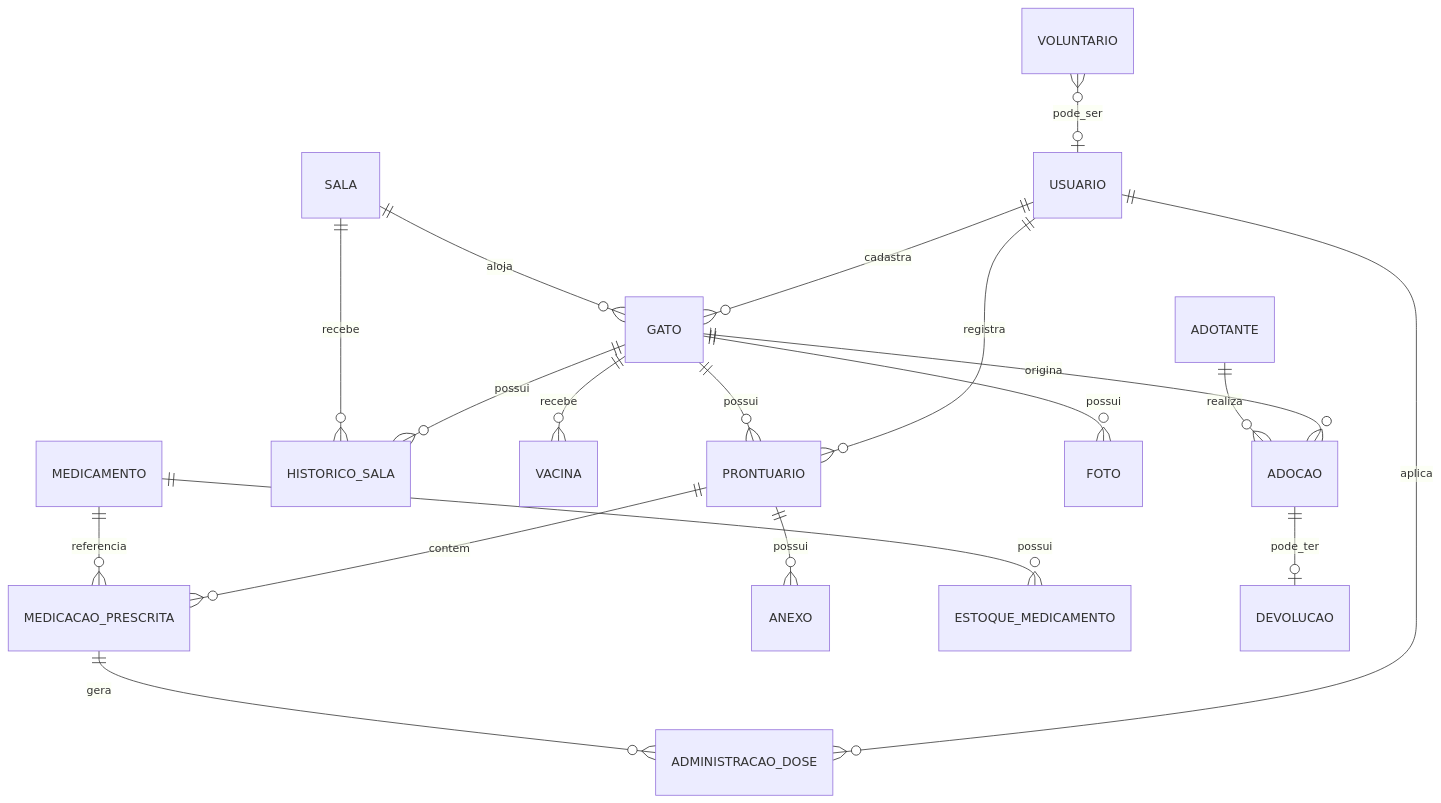
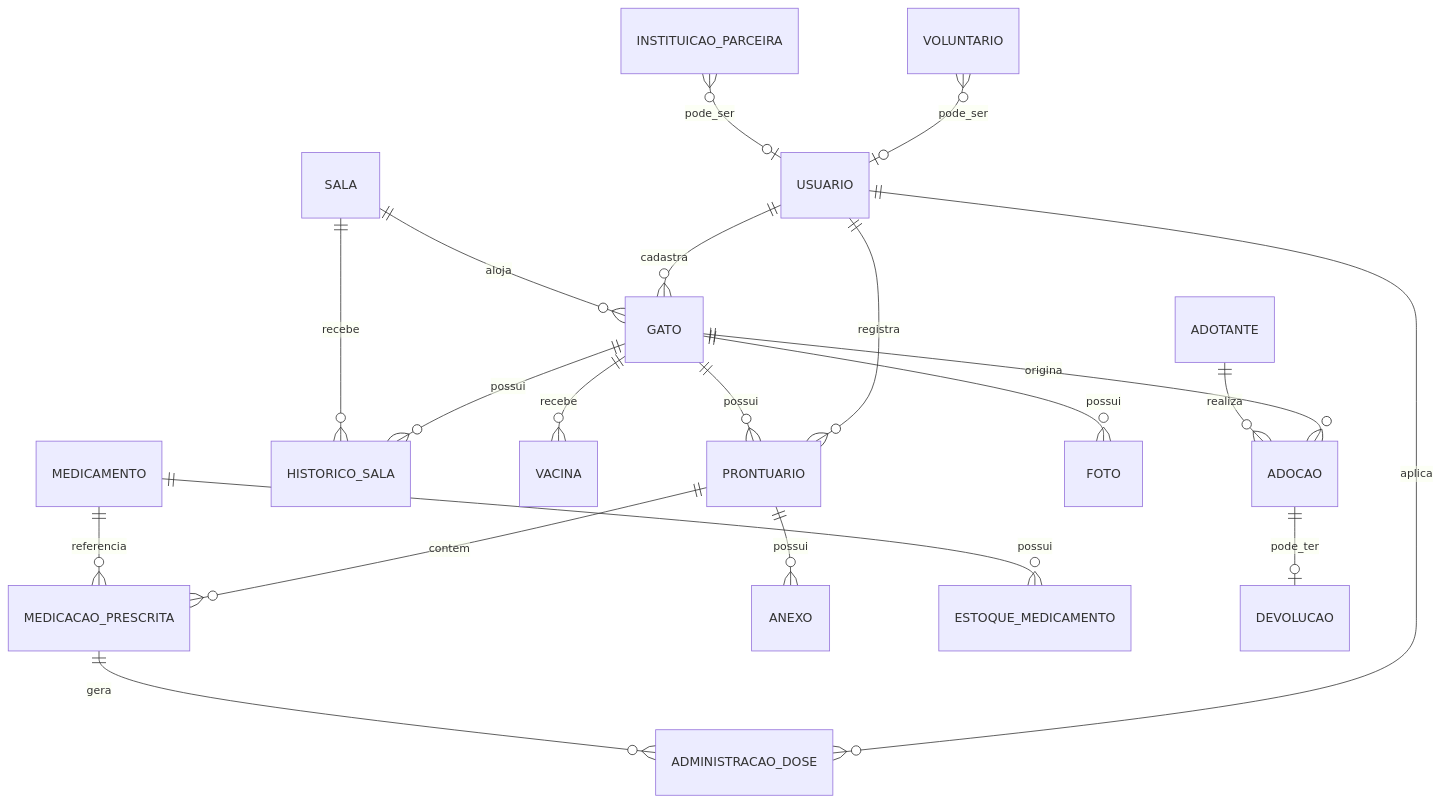
Before and after one commit to railanleao/Amicats: the diagram in documentos/02-Especificação do Projeto.md, drawn with Mermaid. The commit also changed other lines of this file, not shown here.

Commit message:
[FEATURE] - Adiciona requisitos de Instituição Parceira em todos os tópicos e atualiza descrições de requisitos

````diff
--- a/documentos/02-Especificação do Projeto.md
+++ b/documentos/02-Especificação do Projeto.md
@@ -200,21 +184,22 @@
 ```mermaid
 erDiagram
     USUARIO ||--o{ GATO : cadastra
     USUARIO ||--o{ PRONTUARIO : registra
     USUARIO ||--o{ ADMINISTRACAO_DOSE : aplica
     SALA ||--o{ GATO : aloja
     GATO ||--o{ HISTORICO_SALA : possui
     SALA ||--o{ HISTORICO_SALA : recebe
     GATO ||--o{ PRONTUARIO : possui
     GATO ||--o{ VACINA : recebe
     GATO ||--o{ ADOCAO : origina
     GATO ||--o{ FOTO : possui
     PRONTUARIO ||--o{ MEDICACAO_PRESCRITA : contem
     PRONTUARIO ||--o{ ANEXO : possui
     MEDICACAO_PRESCRITA ||--o{ ADMINISTRACAO_DOSE : gera
     MEDICAMENTO ||--o{ MEDICACAO_PRESCRITA : referencia
     MEDICAMENTO ||--o{ ESTOQUE_MEDICAMENTO : possui
     ADOCAO ||--o| DEVOLUCAO : pode_ter
     ADOTANTE ||--o{ ADOCAO : realiza
     VOLUNTARIO }o--o| USUARIO : pode_ser
+    INSTITUICAO_PARCEIRA }o--o| USUARIO : pode_ser
 ```
````
